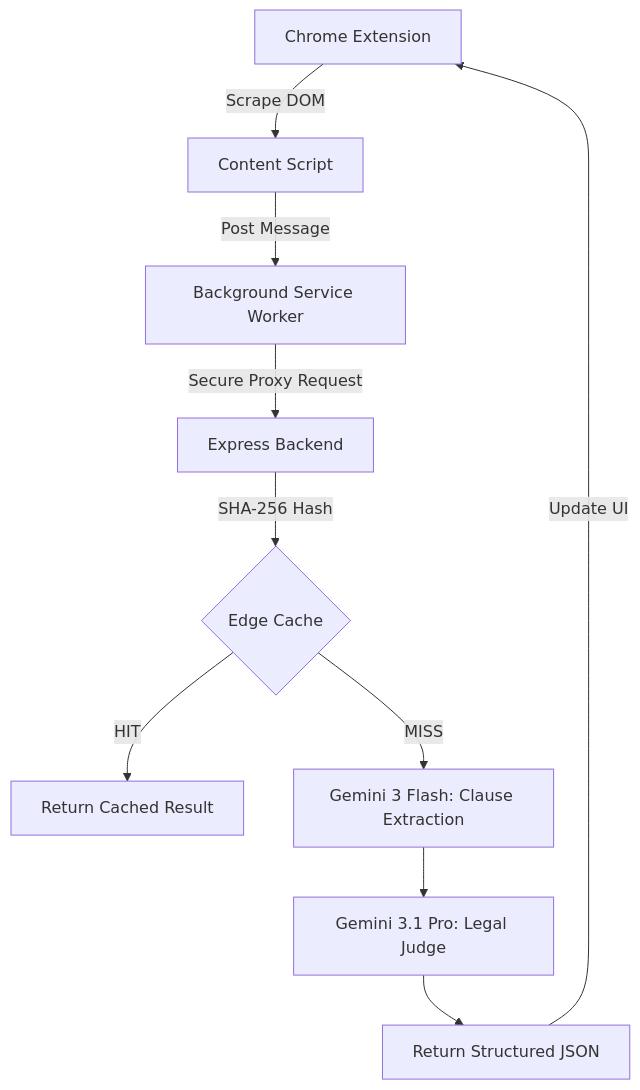
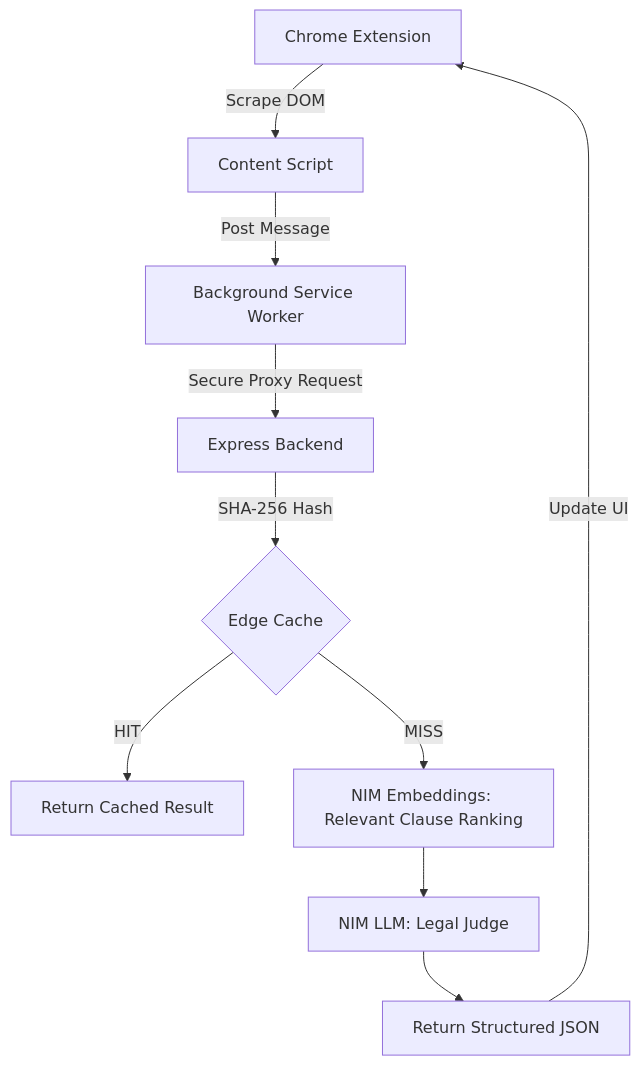
One commit to Jatin23K/TLDR-Shield changed the diagram in README.md. Above: the diagram before and after it, drawn with Mermaid. The commit also changed other lines of this file and 33 other files, not shown here.

````diff
--- a/README.md
+++ b/README.md
@@ -24,12 +24,12 @@
 ```mermaid
 graph TD
     A[Chrome Extension] -->|Scrape DOM| B[Content Script]
     B -->|Post Message| C[Background Service Worker]
     C -->|Secure Proxy Request| D[Express Backend]
     D -->|SHA-256 Hash| E{Edge Cache}
     E -->|HIT| F[Return Cached Result]
-    E -->|MISS| G[Gemini 3 Flash: Clause Extraction]
-    G --> H[Gemini 3.1 Pro: Legal Judge]
+    E -->|MISS| G[NIM Embeddings: Relevant Clause Ranking]
+    G --> H[NIM LLM: Legal Judge]
     H --> I[Return Structured JSON]
     I -->|Update UI| A
 ```
````
